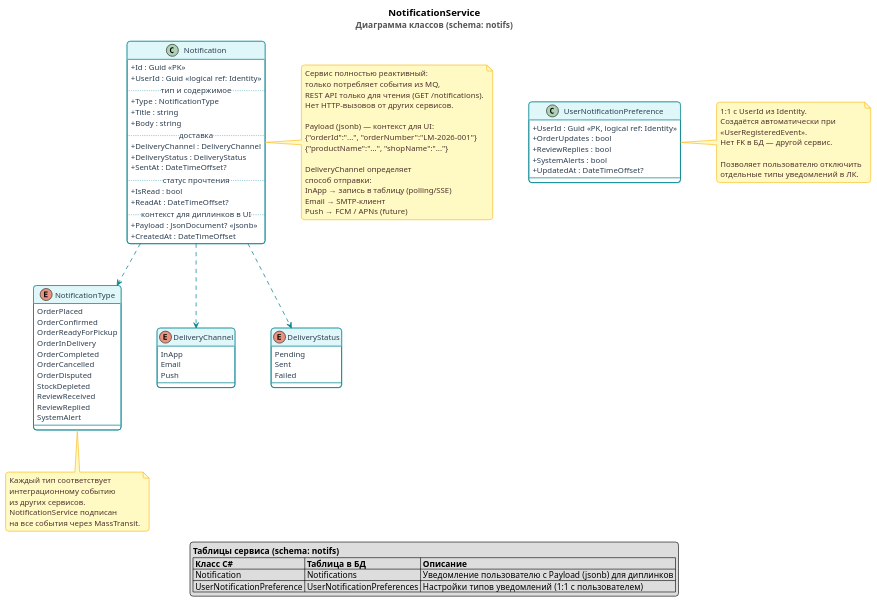
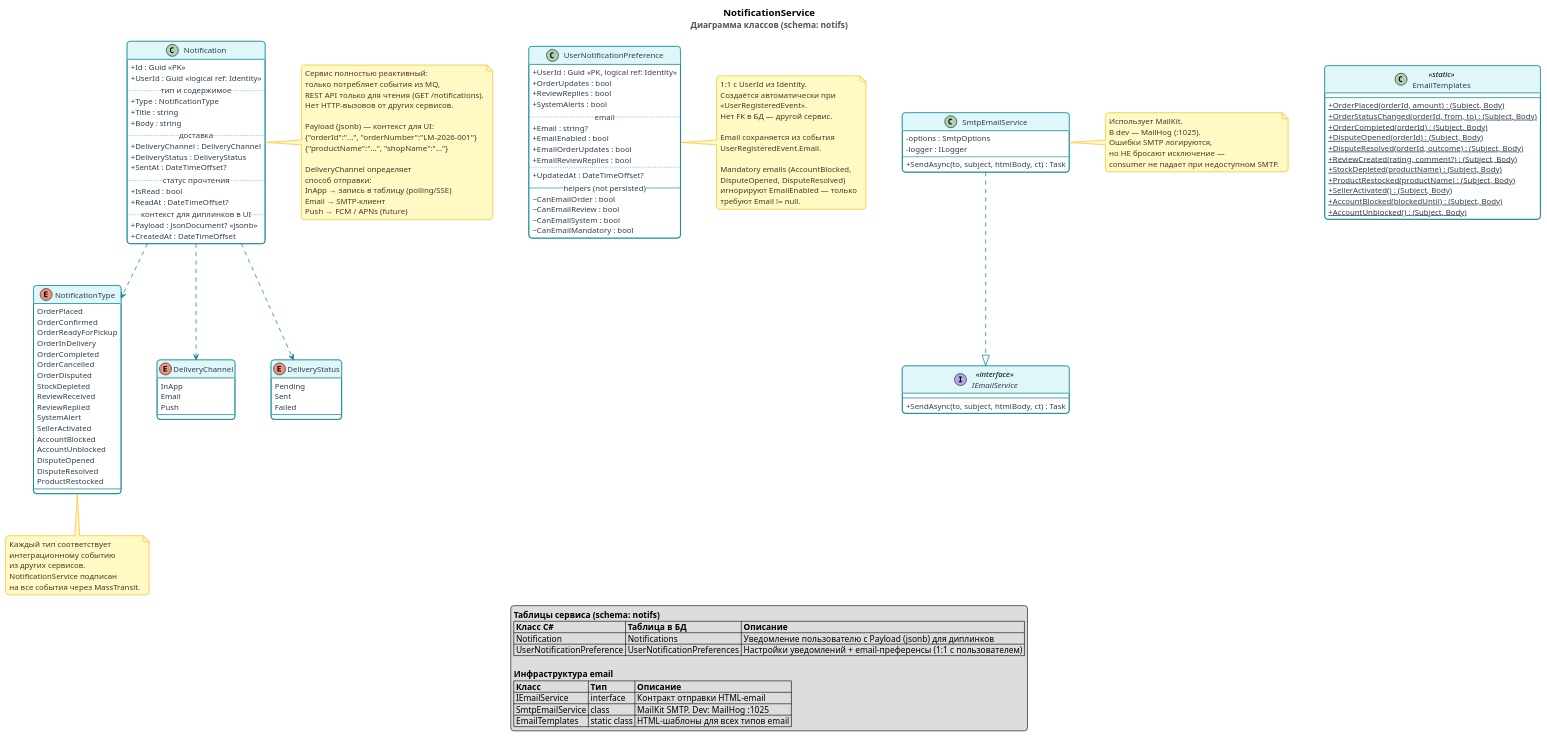
The diagram in docs/diagrams/notification-service.puml (LocMp-olegg/LocalMarketplace), drawn with PlantUML before and after one commit. The commit also changed 2 other files, not shown here.

```diff
--- a/docs/diagrams/notification-service.puml
+++ b/docs/diagrams/notification-service.puml
@@ -53,6 +53,12 @@
     ReviewReceived
     ReviewReplied
     SystemAlert
+    SellerActivated
+    AccountBlocked
+    AccountUnblocked
+    DisputeOpened
+    DisputeResolved
+    ProductRestocked
 }
 
 enum DeliveryChannel {
@@ -93,8 +99,48 @@
     + OrderUpdates : bool
     + ReviewReplies : bool
     + SystemAlerts : bool
+    ..email..
+    + Email : string?
+    + EmailEnabled : bool
+    + EmailOrderUpdates : bool
+    + EmailReviewReplies : bool
+    ..
     + UpdatedAt : DateTimeOffset?
+    --helpers (not persisted)--
+    ~ CanEmailOrder : bool
+    ~ CanEmailReview : bool
+    ~ CanEmailSystem : bool
+    ~ CanEmailMandatory : bool
 }
+
+' ─── Email infrastructure ────────────────────────────────────────────────────
+
+interface IEmailService <<interface>> {
+    + SendAsync(to, subject, htmlBody, ct) : Task
+}
+
+class SmtpEmailService {
+    - options : SmtpOptions
+    - logger : ILogger
+    --
+    + SendAsync(to, subject, htmlBody, ct) : Task
+}
+
+class EmailTemplates <<static>> {
+    + {static} OrderPlaced(orderId, amount) : (Subject, Body)
+    + {static} OrderStatusChanged(orderId, from, to) : (Subject, Body)
+    + {static} OrderCompleted(orderId) : (Subject, Body)
+    + {static} DisputeOpened(orderId) : (Subject, Body)
+    + {static} DisputeResolved(orderId, outcome) : (Subject, Body)
+    + {static} ReviewCreated(rating, comment?) : (Subject, Body)
+    + {static} StockDepleted(productName) : (Subject, Body)
+    + {static} ProductRestocked(productName) : (Subject, Body)
+    + {static} SellerActivated() : (Subject, Body)
+    + {static} AccountBlocked(blockedUntil) : (Subject, Body)
+    + {static} AccountUnblocked() : (Subject, Body)
+}
+
+SmtpEmailService ..|> IEmailService
 
 ' ─── Relationships ────────────────────────────────────────────────────────────
 
@@ -127,8 +173,21 @@
   <<UserRegisteredEvent>>.
   Нет FK в БД — другой сервис.
 
-  Позволяет пользователю отключить
-  отдельные типы уведомлений в ЛК.
+  Email сохраняется из события
+  UserRegisteredEvent.Email.
+
+  Mandatory emails (AccountBlocked,
+  DisputeOpened, DisputeResolved)
+  игнорируют EmailEnabled — только
+  требуют Email != null.
+end note
+
+note right of SmtpEmailService
+  Использует MailKit.
+  В dev — MailHog (:1025).
+  Ошибки SMTP логируются,
+  но НЕ бросают исключение —
+  consumer не падает при недоступном SMTP.
 end note
 
 note bottom of NotificationType
@@ -146,7 +205,13 @@
   <b>Таблицы сервиса (schema: notifs)</b>
   |= Класс C# |= Таблица в БД |= Описание |
   | Notification | Notifications | Уведомление пользователю с Payload (jsonb) для диплинков |
-  | UserNotificationPreference | UserNotificationPreferences | Настройки типов уведомлений (1:1 с пользователем) |
+  | UserNotificationPreference | UserNotificationPreferences | Настройки уведомлений + email-преференсы (1:1 с пользователем) |
+
+  <b>Инфраструктура email</b>
+  |= Класс |= Тип |= Описание |
+  | IEmailService | interface | Контракт отправки HTML-email |
+  | SmtpEmailService | class | MailKit SMTP. Dev: MailHog :1025 |
+  | EmailTemplates | static class | HTML-шаблоны для всех типов email |
 endlegend
 
 @enduml
```
